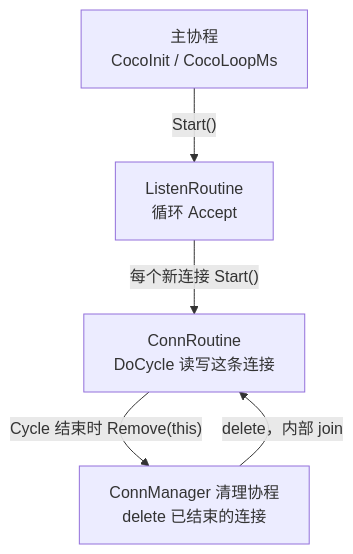
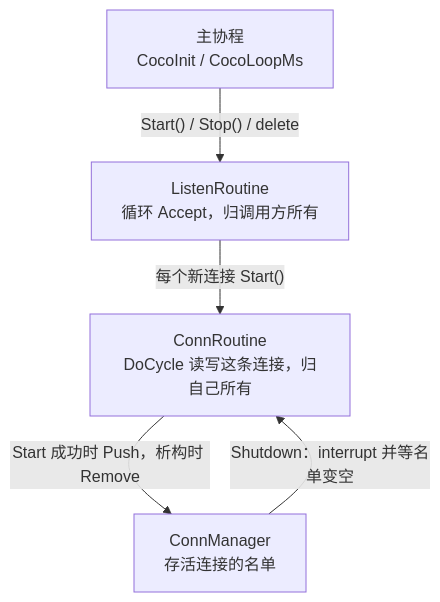
Before and after one commit to hydah/coco: the diagram in docs/coroutine.md, drawn with Mermaid. The commit also changed other lines of this file and 5 other files, not shown here.

````diff
--- a/docs/coroutine.md
+++ b/docs/coroutine.md
@@ -42,11 +45,11 @@
 ```mermaid
 flowchart TD
     main["主协程<br/>CocoInit / CocoLoopMs"]
-    listen["ListenRoutine<br/>循环 Accept"]
-    conn["ConnRoutine<br/>DoCycle 读写这条连接"]
-    cleanup["ConnManager 清理协程<br/>delete 已结束的连接"]
-    main -->|"Start()"| listen
+    listen["ListenRoutine<br/>循环 Accept，归调用方所有"]
+    conn["ConnRoutine<br/>DoCycle 读写这条连接，归自己所有"]
+    mgr["ConnManager<br/>存活连接的名单"]
+    main -->|"Start() / Stop() / delete"| listen
     listen -->|"每个新连接 Start()"| conn
-    conn -->|"Cycle 结束时 Remove(this)"| cleanup
-    cleanup -->|"delete，内部 join"| conn
+    conn -->|"Start 成功时 Push，析构时 Remove"| mgr
+    mgr -->|"Shutdown：interrupt 并等名单变空"| conn
 ```
````
